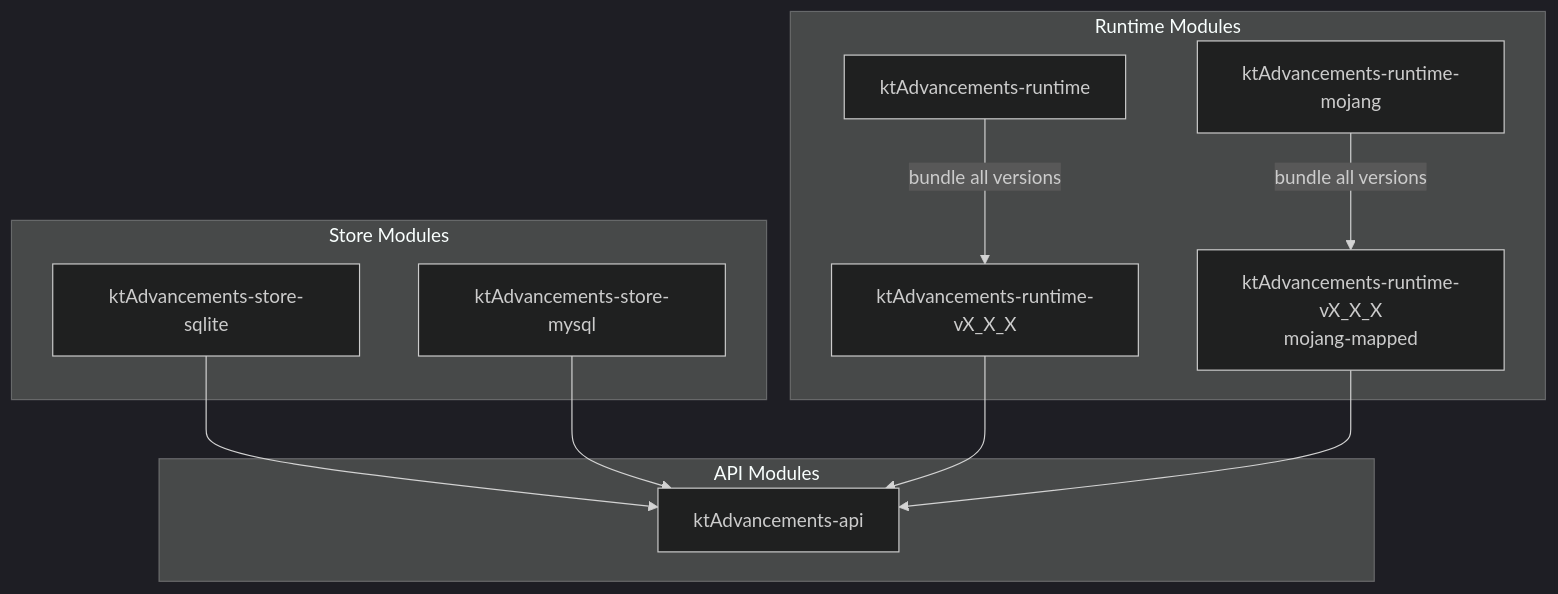
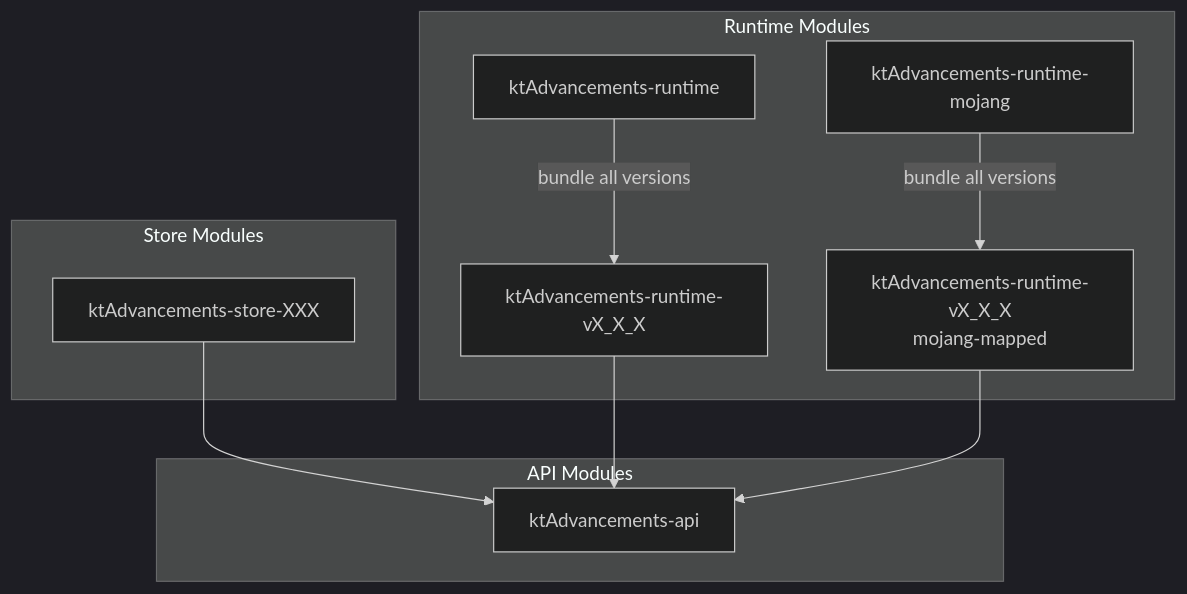
One commit to sya-ri/ktAdvancements changed the diagram in README.md. Above: the diagram before and after it, drawn with Mermaid (dark theme). The commit also changed other lines of this file, not shown here.

````diff
--- a/README.md
+++ b/README.md
@@ -292,19 +296,18 @@
 ```mermaid
 graph TD
     subgraph API[API Modules]
         E[ktAdvancements-api]
     end
 
     subgraph Runtime[Runtime Modules]
         G[ktAdvancements-runtime] -->|"bundle all versions"| H[ktAdvancements-runtime-vX_X_X]
         K[ktAdvancements-runtime-mojang] -->|"bundle all versions"| L[ktAdvancements-runtime-vX_X_X<br>mojang-mapped]
     end
 
     subgraph Store[Store Modules]
-        S[ktAdvancements-store-sqlite] --> E
-        M[ktAdvancements-store-mysql] --> E
+        S[ktAdvancements-store-XXX] --> E
     end
 
     H --> E
     L --> E
 ```
````
